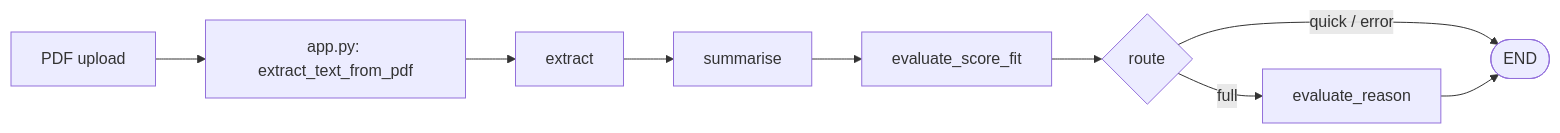
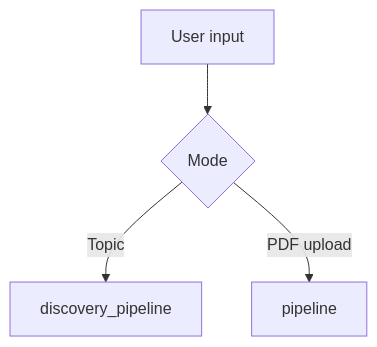
Before and after one commit to aramidefemi/Research-assistant-agent: the first of 3 diagrams in docs/agent-architecture.md, drawn with Mermaid. The commit also changed other lines of this file and 4 other files, not shown here.

````diff
--- a/docs/agent-architecture.md
+++ b/docs/agent-architecture.md
@@ -7,11 +12,6 @@
 ```mermaid
-flowchart LR
-  PDF[PDF upload] --> APP[app.py: extract_text_from_pdf]
-  APP --> E[extract]
-  E --> S[summarise]
-  S --> SF[evaluate_score_fit]
-  SF --> R{route}
-  R -->|full| ER[evaluate_reason]
-  R -->|quick / error| END([END])
-  ER --> END
+flowchart TD
+  START[User input] --> CHOICE{Mode}
+  CHOICE -->|Topic| D0[discovery_pipeline]
+  CHOICE -->|PDF upload| P0[pipeline]
 ```
````
